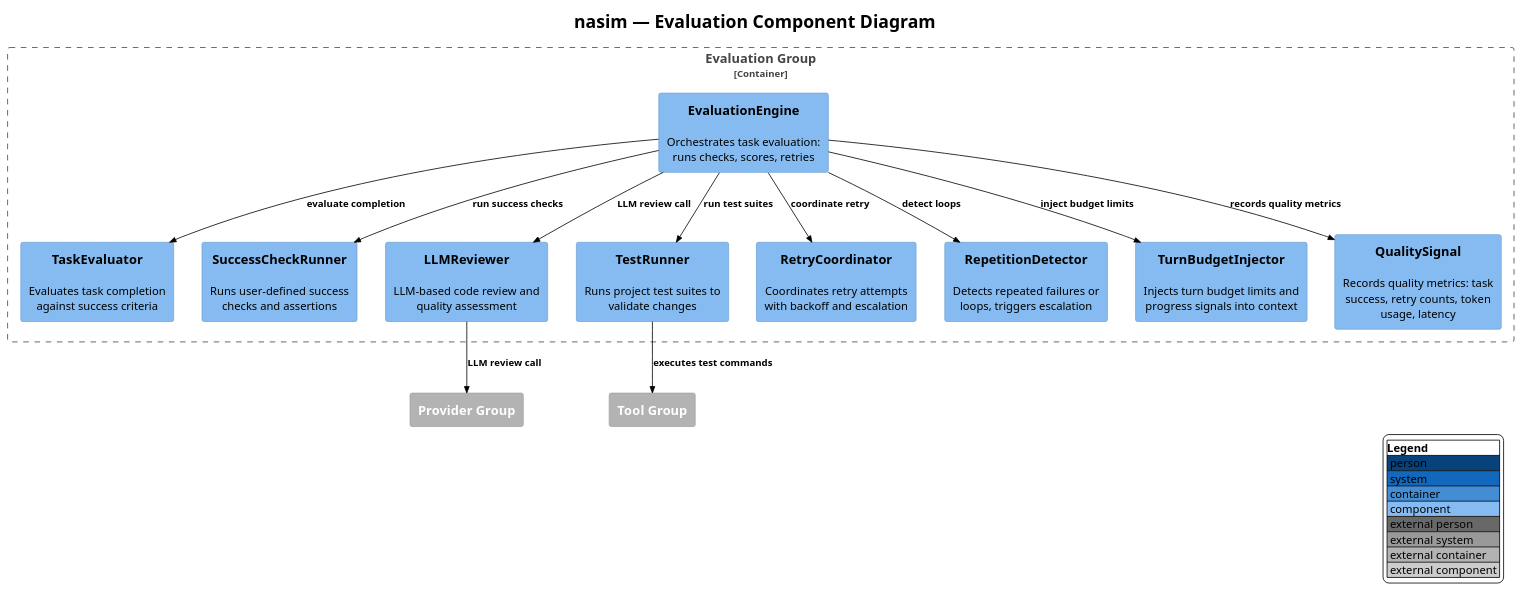
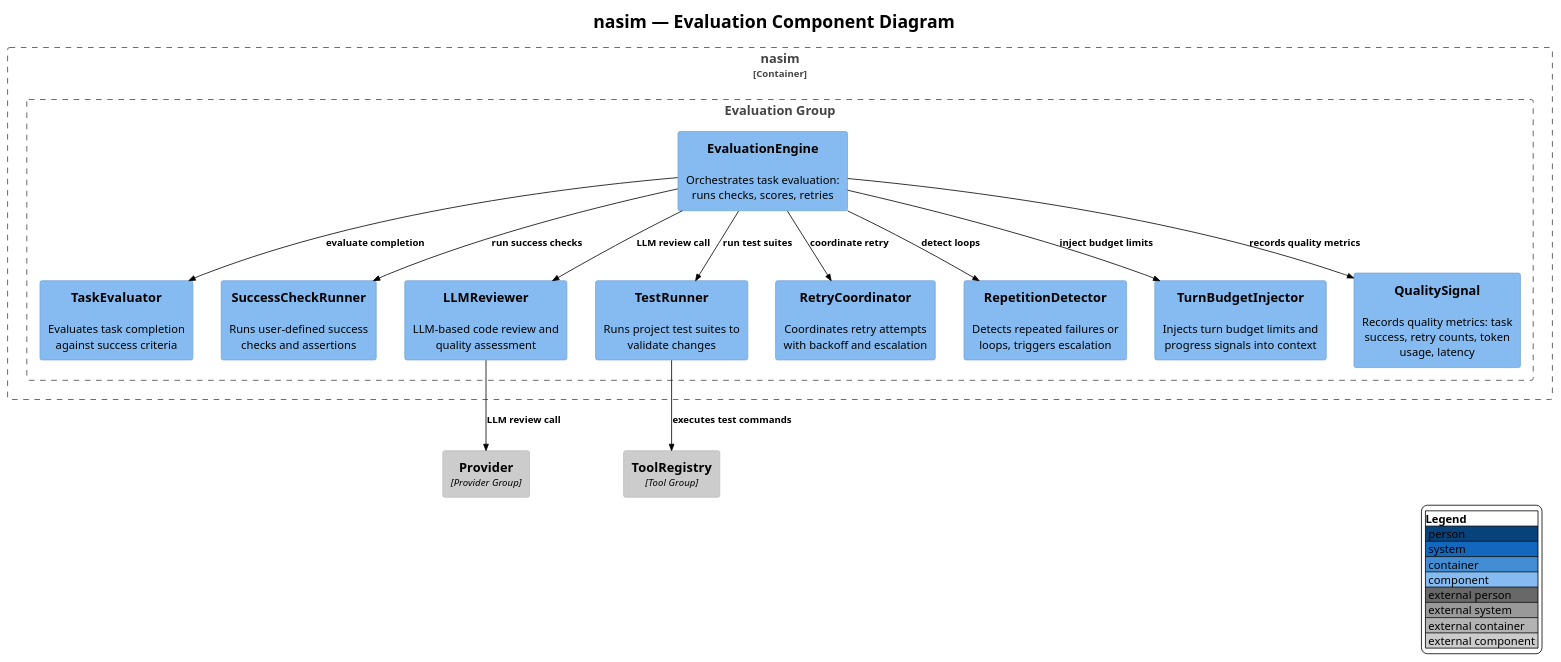
One commit to salimnamvar/nasim changed the diagram in docs/C4/c4_nasim_component_evaluation.puml. Above: the diagram before and after it, drawn with PlantUML. The commit also changed 24 other files, not shown here.

First line of the commit message:
docs(c4): audit and fix all C4 diagrams to 9.0.0 standards

```diff
--- a/docs/C4/c4_nasim_component_evaluation.puml
+++ b/docs/C4/c4_nasim_component_evaluation.puml
@@ -1,45 +1,47 @@
 @startuml c4_nasim_component_evaluation
 !include https://raw.githubusercontent.com/plantuml-stdlib/C4-PlantUML/v2.10.0/C4_Component.puml
 !theme plain
 
 
 ' ============================================================
 ' Title:     nasim — Evaluation Component Diagram
-' Boundary:  nasim core library — Evaluation group
+' Boundary:  nasim (container) — Evaluation Group
 ' Purpose:   Task evaluation: success checks, LLM review, testing, retry coordination
 ' Milestone: v1.0
-' Version:   6.0.0
+' Version:   9.0.0
 ' Source:    docs/audit/audit.2026.06.20.deep.domain.audit.md
 ' Review:    —
 ' ============================================================
 
 LAYOUT_WITH_LEGEND()
 title nasim — Evaluation Component Diagram
 
-Container_Boundary(evaluation_boundary, "Evaluation Group") {
-    Component(eval_engine, "EvaluationEngine", "", "Orchestrates task evaluation: runs checks, scores, retries")
-    Component(task_evaluator, "TaskEvaluator", "", "Evaluates task completion against success criteria")
-    Component(success_check_runner, "SuccessCheckRunner", "", "Runs user-defined success checks and assertions")
-    Component(llm_reviewer, "LLMReviewer", "", "LLM-based code review and quality assessment")
-    Component(test_runner, "TestRunner", "", "Runs project test suites to validate changes")
-    Component(retry_coordinator, "RetryCoordinator", "", "Coordinates retry attempts with backoff and escalation")
-    Component(repetition_detector, "RepetitionDetector", "", "Detects repeated failures or loops, triggers escalation")
-    Component(turn_budget_injector, "TurnBudgetInjector", "", "Injects turn budget limits and progress signals into context")
-    Component(quality_signal, "QualitySignal", "", "Records quality metrics: task success, retry counts, token usage, latency")
+Container_Boundary(nasim, "nasim") {
+    Boundary(evaluation_group, "Evaluation Group") {
+        Component(eval_engine, "EvaluationEngine", "", "Orchestrates task evaluation: runs checks, scores, retries")
+        Component(task_evaluator, "TaskEvaluator", "", "Evaluates task completion against success criteria")
+        Component(success_check_runner, "SuccessCheckRunner", "", "Runs user-defined success checks and assertions")
+        Component(llm_reviewer, "LLMReviewer", "", "LLM-based code review and quality assessment")
+        Component(test_runner, "TestRunner", "", "Runs project test suites to validate changes")
+        Component(retry_coordinator, "RetryCoordinator", "", "Coordinates retry attempts with backoff and escalation")
+        Component(repetition_detector, "RepetitionDetector", "", "Detects repeated failures or loops, triggers escalation")
+        Component(turn_budget_injector, "TurnBudgetInjector", "", "Injects turn budget limits and progress signals into context")
+        Component(quality_signal, "QualitySignal", "", "Records quality metrics: task success, retry counts, token usage, latency")
+    }
 }
 
-Container_Ext(provider_group, "Provider Group")
-Container_Ext(tool_group, "Tool Group")
+Component_Ext(provider, "Provider", "Provider Group")
+Component_Ext(tool_registry, "ToolRegistry", "Tool Group")
 
 Rel(eval_engine, task_evaluator, "evaluate completion")
 Rel(eval_engine, success_check_runner, "run success checks")
 Rel(eval_engine, llm_reviewer, "LLM review call")
 Rel(eval_engine, test_runner, "run test suites")
 Rel(eval_engine, retry_coordinator, "coordinate retry")
 Rel(eval_engine, repetition_detector, "detect loops")
 Rel(eval_engine, turn_budget_injector, "inject budget limits")
 Rel(eval_engine, quality_signal, "records quality metrics")
-Rel(llm_reviewer, provider_group, "LLM review call")
-Rel(test_runner, tool_group, "executes test commands")
+Rel(llm_reviewer, provider, "LLM review call")
+Rel(test_runner, tool_registry, "executes test commands")
 
 @enduml
```
